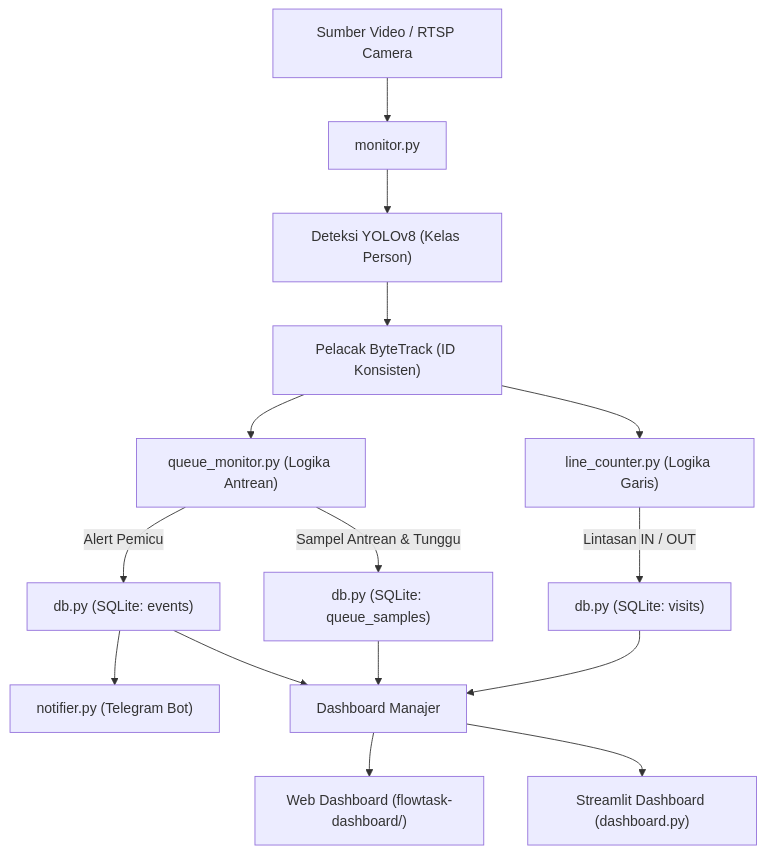
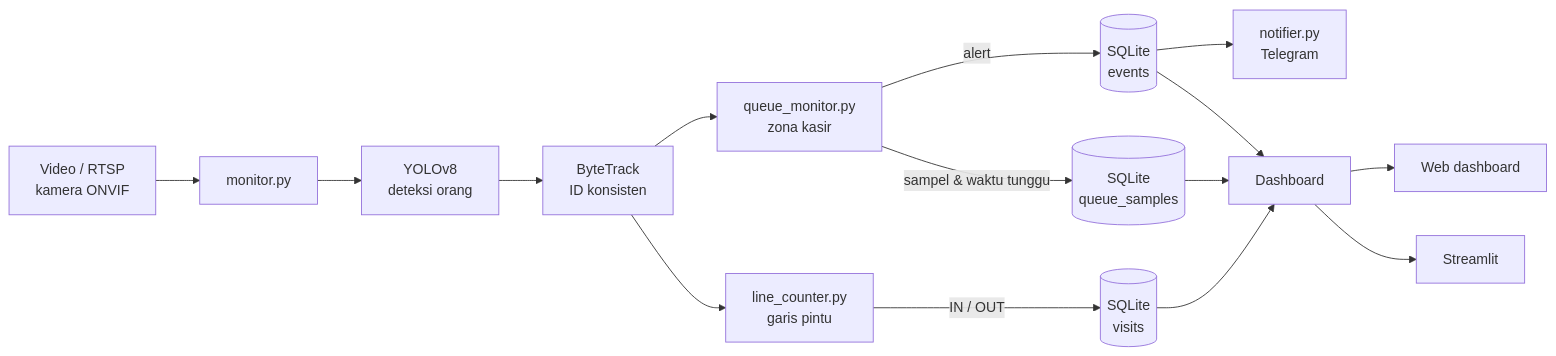
One commit to Ryan8494/cctv-visitor-counter changed the diagram in README.md. Above: the diagram before and after it, drawn with Mermaid. The commit also changed other lines of this file and 4 other files, not shown here.

````diff
--- a/README.md
+++ b/README.md
@@ -38,17 +73,17 @@
 ```mermaid
-flowchart TD
-    A["Sumber Video / RTSP Camera"] --> B["monitor.py"]
-    B --> C["Deteksi YOLOv8 (Kelas Person)"]
-    C --> D["Pelacak ByteTrack (ID Konsisten)"]
-    D --> E["line_counter.py (Logika Garis)"]
-    D --> F["queue_monitor.py (Logika Antrean)"]
-    E -->|"Lintasan IN / OUT"| G["db.py (SQLite: visits)"]
-    F -->|"Sampel Antrean & Tunggu"| H["db.py (SQLite: queue_samples)"]
-    F -->|"Alert Pemicu"| I["db.py (SQLite: events)"]
-    I --> J["notifier.py (Telegram Bot)"]
-    G --> K["Dashboard Manajer"]
+flowchart LR
+    A["Video / RTSP<br/>kamera ONVIF"] --> B["monitor.py"]
+    B --> C["YOLOv8<br/>deteksi orang"]
+    C --> D["ByteTrack<br/>ID konsisten"]
+    D --> E["line_counter.py<br/>garis pintu"]
+    D --> F["queue_monitor.py<br/>zona kasir"]
+    E -->|IN / OUT| G[("SQLite<br/>visits")]
+    F -->|sampel & waktu tunggu| H[("SQLite<br/>queue_samples")]
+    F -->|alert| I[("SQLite<br/>events")]
+    I --> J["notifier.py<br/>Telegram"]
+    G --> K["Dashboard"]
     H --> K
     I --> K
-    K --> L["Web Dashboard (flowtask-dashboard/)"]
-    K --> M["Streamlit Dashboard (dashboard.py)"]
+    K --> L["Web dashboard"]
+    K --> M["Streamlit"]
 ```
````
